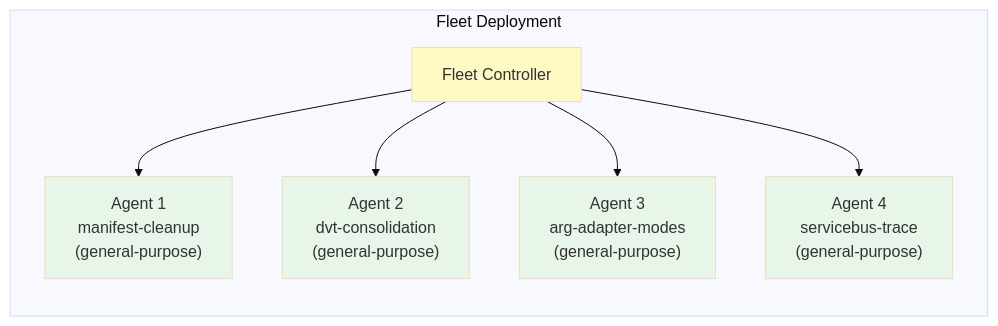
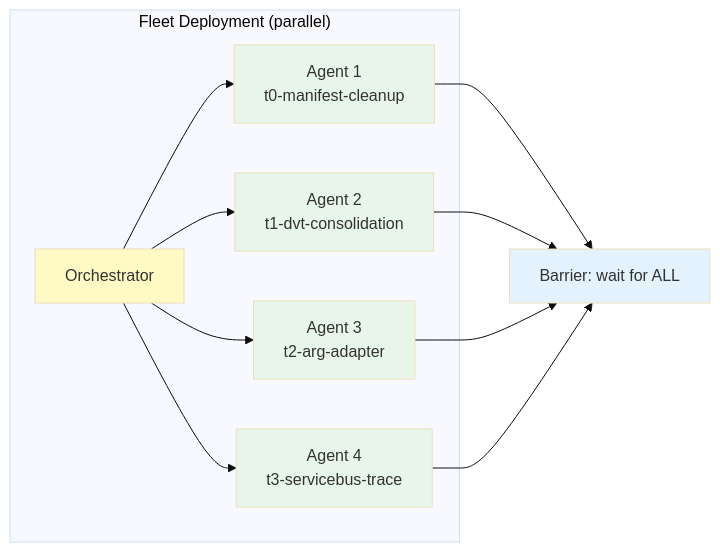
One commit to Arithmomaniac/copilot-plugins changed the second of 5 diagrams in skills/fleet-orchestrated-pipeline/references/inner-loop.md. Above: the diagram before and after it, drawn with Mermaid (base theme). The commit also changed other lines of this file and 4 other files, not shown here.

First line of the commit message:
Add shell/agent execution model guidance to fleet orchestration

````diff
--- a/skills/fleet-orchestrated-pipeline/references/inner-loop.md
+++ b/skills/fleet-orchestrated-pipeline/references/inner-loop.md
@@ -60,16 +49,21 @@
 ```mermaid
 graph LR
-    subgraph "Fleet Deployment"
-        F[Fleet Controller]
-        F --> A1["Agent 1<br/>manifest-cleanup<br/>(general-purpose)"]
-        F --> A2["Agent 2<br/>dvt-consolidation<br/>(general-purpose)"]
-        F --> A3["Agent 3<br/>arg-adapter-modes<br/>(general-purpose)"]
-        F --> A4["Agent 4<br/>servicebus-trace<br/>(general-purpose)"]
+    subgraph "Fleet Deployment (parallel)"
+        F[Orchestrator]
+        F --> A1["Agent 1<br/>t0-manifest-cleanup"]
+        F --> A2["Agent 2<br/>t1-dvt-consolidation"]
+        F --> A3["Agent 3<br/>t2-arg-adapter"]
+        F --> A4["Agent 4<br/>t3-servicebus-trace"]
     end
+    A1 --> B["Barrier: wait for ALL"]
+    A2 --> B
+    A3 --> B
+    A4 --> B
 
     style F fill:#fff9c4
     style A1 fill:#e8f5e9
     style A2 fill:#e8f5e9
     style A3 fill:#e8f5e9
     style A4 fill:#e8f5e9
+    style B fill:#e3f2fd
 ```
````
